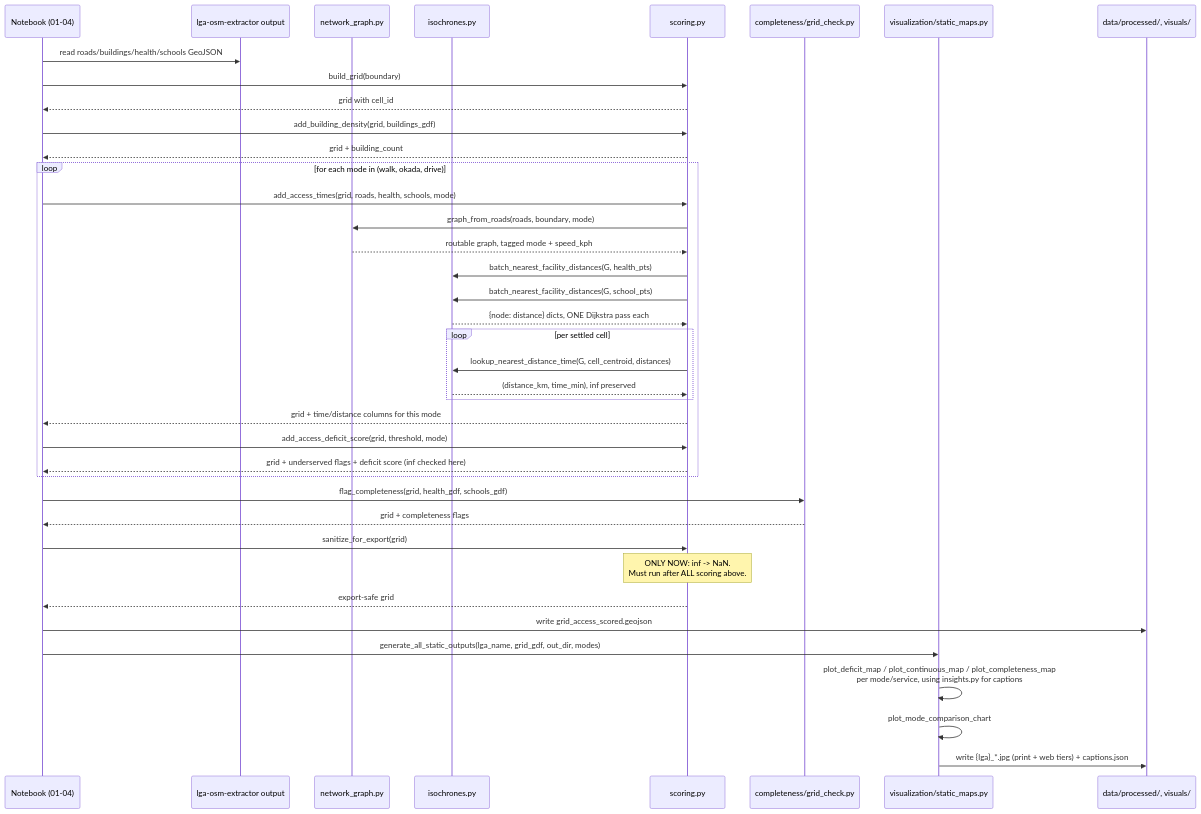
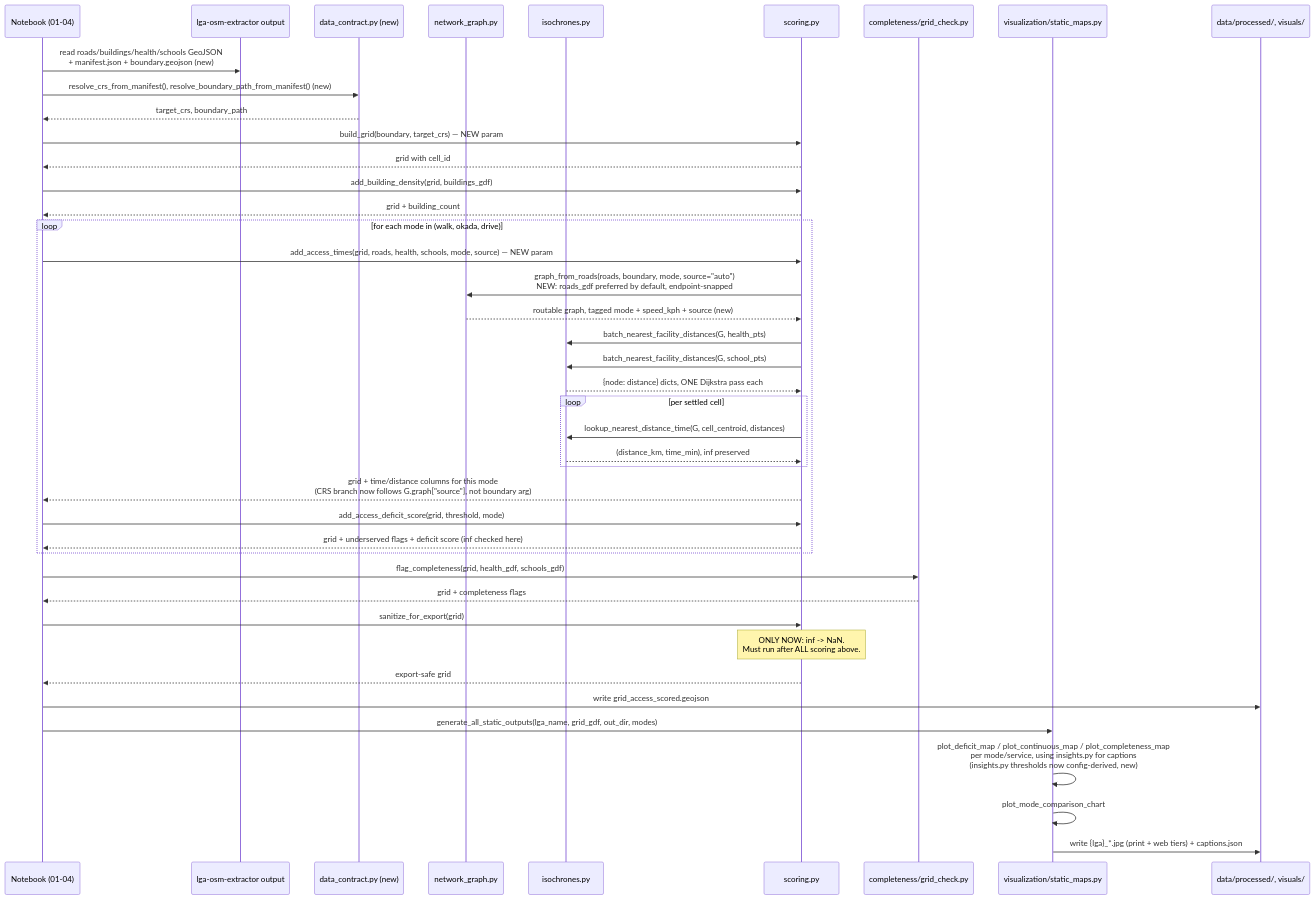
One commit to Mapkathon2026-UseOSM/UseOSM_Mapkathon-Submission-documentation changed the first of 2 diagrams in docs/akure-accessibility-dashboard/end-to-end.md. Above: the diagram before and after it, drawn with Mermaid. The commit also changed other lines of this file and 12 other files, not shown here.

````diff
--- a/docs/akure-accessibility-dashboard/end-to-end.md
+++ b/docs/akure-accessibility-dashboard/end-to-end.md
@@ -16,46 +16,49 @@
 ```mermaid
 sequenceDiagram
     participant NB as Notebook (01-04)
     participant Extractor as lga-osm-extractor output
+    participant DC as data_contract.py (new)
     participant NG as network_graph.py
     participant Iso as isochrones.py
     participant Sc as scoring.py
     participant GC as completeness/grid_check.py
     participant SM as visualization/static_maps.py
     participant Disk as data/processed/, visuals/
 
-    NB->>Extractor: read roads/buildings/health/schools GeoJSON
-    NB->>Sc: build_grid(boundary)
+    NB->>Extractor: read roads/buildings/health/schools GeoJSON<br/>+ manifest.json + boundary.geojson (new)
+    NB->>DC: resolve_crs_from_manifest(), resolve_boundary_path_from_manifest() (new)
+    DC-->>NB: target_crs, boundary_path
+    NB->>Sc: build_grid(boundary, target_crs) — NEW param
     Sc-->>NB: grid with cell_id
     NB->>Sc: add_building_density(grid, buildings_gdf)
     Sc-->>NB: grid + building_count
 
     loop for each mode in (walk, okada, drive)
-        NB->>Sc: add_access_times(grid, roads, health, schools, mode)
-        Sc->>NG: graph_from_roads(roads, boundary, mode)
-        NG-->>Sc: routable graph, tagged mode + speed_kph
+        NB->>Sc: add_access_times(grid, roads, health, schools, mode, source) — NEW param
+        Sc->>NG: graph_from_roads(roads, boundary, mode, source="auto")<br/>NEW: roads_gdf preferred by default, endpoint-snapped
+        NG-->>Sc: routable graph, tagged mode + speed_kph + source (new)
         Sc->>Iso: batch_nearest_facility_distances(G, health_pts)
         Sc->>Iso: batch_nearest_facility_distances(G, school_pts)
         Iso-->>Sc: {node: distance} dicts, ONE Dijkstra pass each
         loop per settled cell
             Sc->>Iso: lookup_nearest_distance_time(G, cell_centroid, distances)
             Iso-->>Sc: (distance_km, time_min), inf preserved
         end
-        Sc-->>NB: grid + time/distance columns for this mode
+        Sc-->>NB: grid + time/distance columns for this mode<br/>(CRS branch now follows G.graph["source"], not boundary arg)
         NB->>Sc: add_access_deficit_score(grid, threshold, mode)
         Sc-->>NB: grid + underserved flags + deficit score (inf checked here)
     end
 
     NB->>GC: flag_completeness(grid, health_gdf, schools_gdf)
     GC-->>NB: grid + completeness flags
 
     NB->>Sc: sanitize_for_export(grid)
     Note over Sc: ONLY NOW: inf -> NaN.<br/>Must run after ALL scoring above.
     Sc-->>NB: export-safe grid
     NB->>Disk: write grid_access_scored.geojson
 
     NB->>SM: generate_all_static_outputs(lga_name, grid_gdf, out_dir, modes)
-    SM->>SM: plot_deficit_map / plot_continuous_map / plot_completeness_map<br/>per mode/service, using insights.py for captions
+    SM->>SM: plot_deficit_map / plot_continuous_map / plot_completeness_map<br/>per mode/service, using insights.py for captions<br/>(insights.py thresholds now config-derived, new)
     SM->>SM: plot_mode_comparison_chart
     SM->>Disk: write {lga}_*.jpg (print + web tiers) + captions.json
 ```
````
